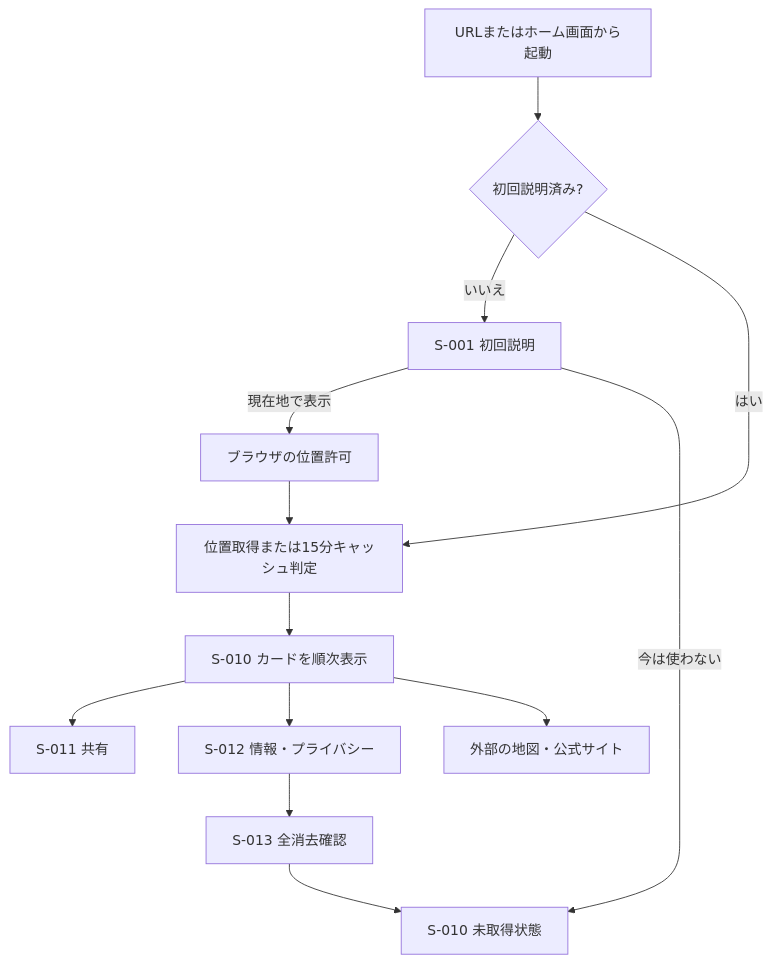
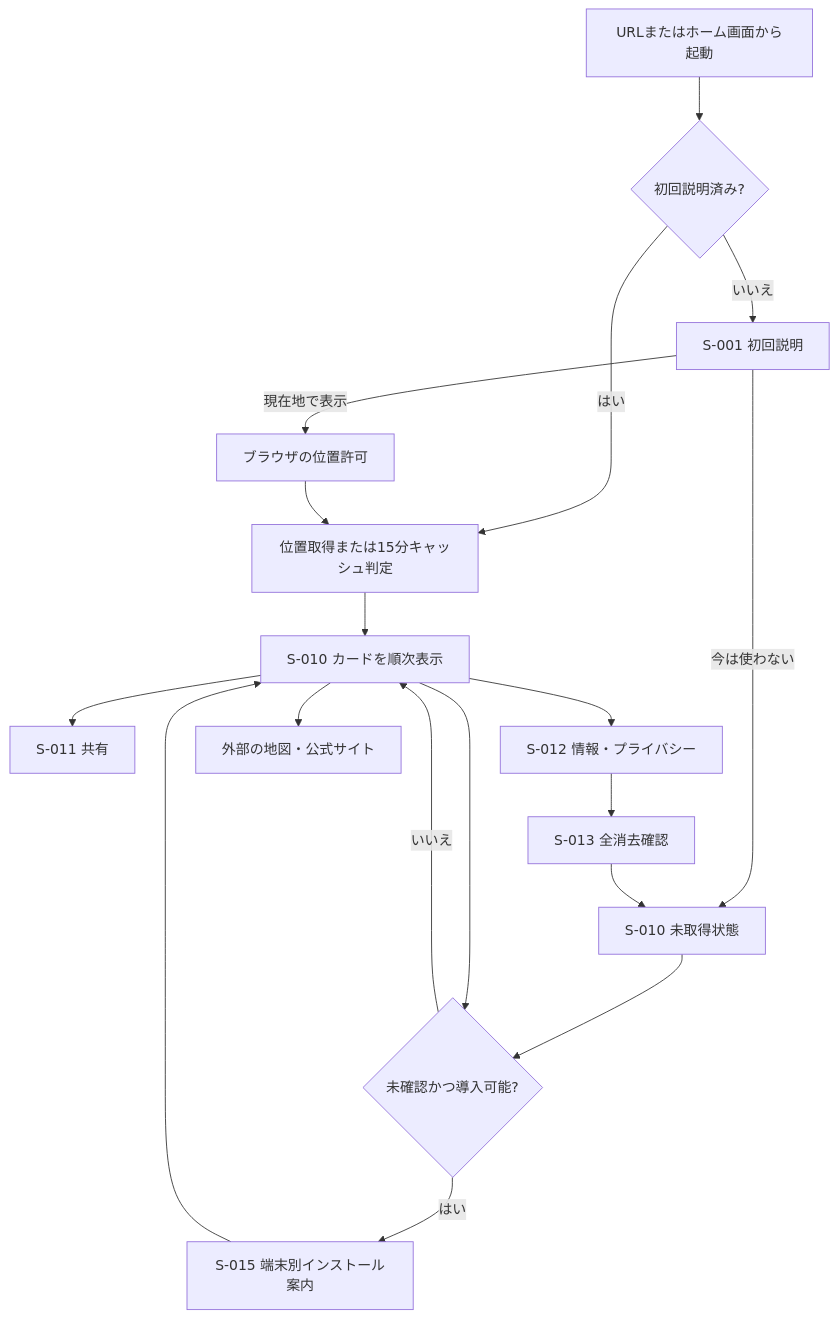
The diagram in docs/screens.md (gerupon-lgtm/imacoco), drawn with Mermaid before and after one commit. The commit also changed other lines of this file and 9 other files, not shown here.

````diff
--- a/docs/screens.md
+++ b/docs/screens.md
@@ -44,15 +45,20 @@
 ```mermaid
 flowchart TD
     A["URLまたはホーム画面から起動"] --> B{"初回説明済み?"}
     B -- "いいえ" --> C["S-001 初回説明"]
     C -- "現在地で表示" --> D["ブラウザの位置許可"]
     C -- "今は使わない" --> E["S-010 未取得状態"]
     B -- "はい" --> F["位置取得または15分キャッシュ判定"]
     D --> F
     F --> G["S-010 カードを順次表示"]
     G --> H["S-011 共有"]
     G --> I["S-012 情報・プライバシー"]
     I --> J["S-013 全消去確認"]
     J --> E
     G --> K["外部の地図・公式サイト"]
+    E --> L{"未確認かつ導入可能?"}
+    G --> L
+    L -- "はい" --> M["S-015 端末別インストール案内"]
+    L -- "いいえ" --> G
+    M --> G
 ```
````
